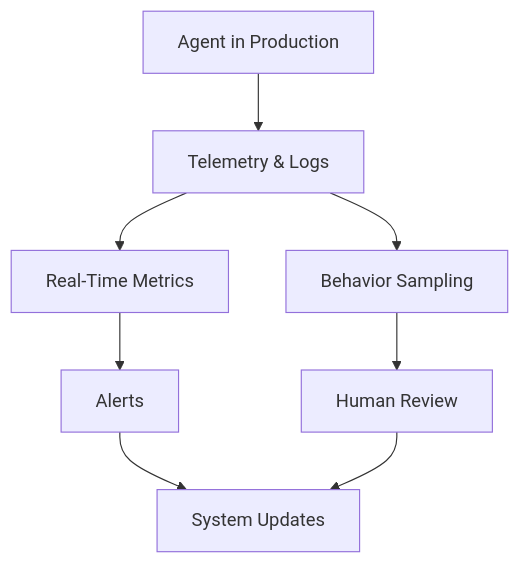
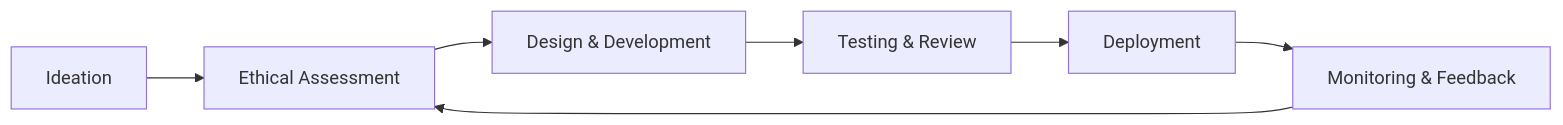
Before and after one commit to m-rizqinovniari/agentic-handbook: the fourth of 4 diagrams in docusaurus/docs/part-3/chapter-10.md, drawn with Mermaid. The commit also changed other lines of this file and 19 other files, not shown here.

````diff
--- a/docusaurus/docs/part-3/chapter-10.md
+++ b/docusaurus/docs/part-3/chapter-10.md
@@ -294,10 +325,9 @@
 ```mermaid
-flowchart TD
-    A[Agent in Production] --> B[Telemetry & Logs]
-    B --> C[Real-Time Metrics]
-    B --> D[Behavior Sampling]
-    C --> E[Alerts]
-    D --> F[Human Review]
-    E --> G[System Updates]
-    F --> G
+flowchart LR
+    A[Ideation] --> B[Ethical Assessment]
+    B --> C[Design & Development]
+    C --> D[Testing & Review]
+    D --> E[Deployment]
+    E --> F[Monitoring & Feedback]
+    F --> B
 ```
````
